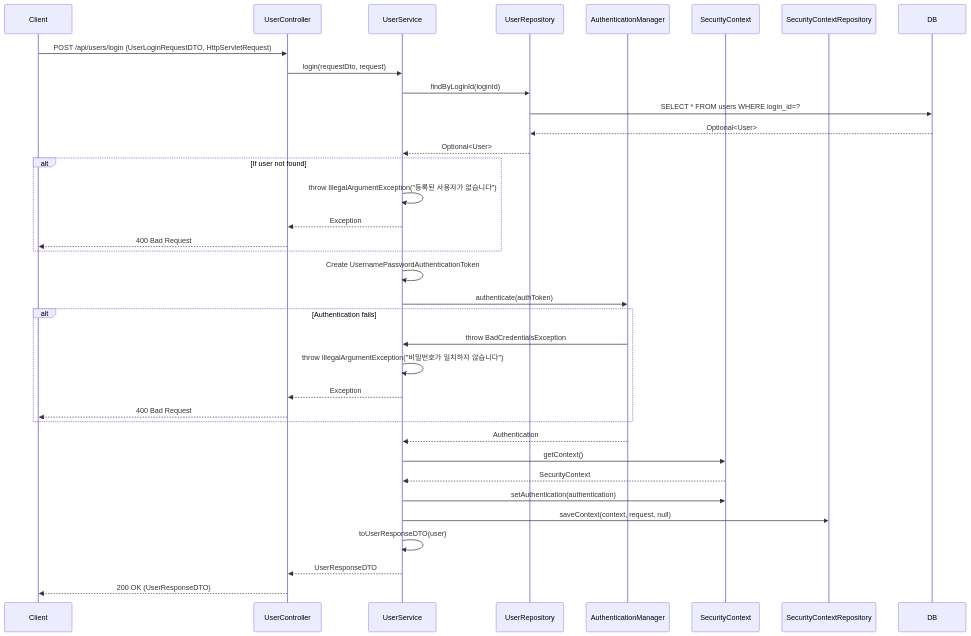
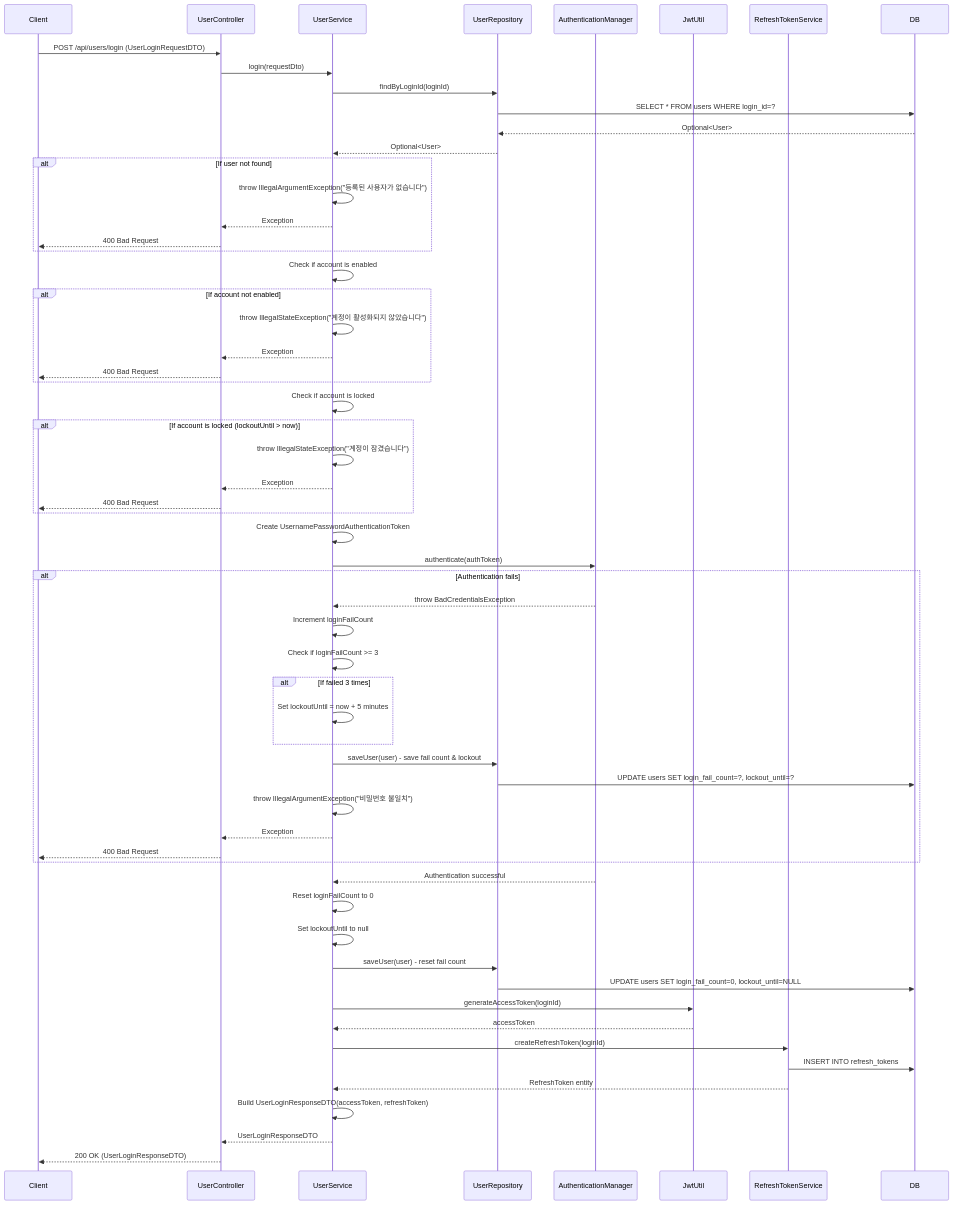
One commit to rororo33/game-s-cord changed the diagram in SDS/sequenceDiagram/userSystemSequenceDiagram/loginSequenceDiagram.md. Above: the diagram before and after it, drawn with Mermaid. The commit also changed other lines of this file and 10 other files, not shown here.

Commit message:
feat : 추가된 기능 및 변경된 기능에 대한 Sequence Diagram 업데이트

````diff
--- a/SDS/sequenceDiagram/userSystemSequenceDiagram/loginSequenceDiagram.md
+++ b/SDS/sequenceDiagram/userSystemSequenceDiagram/loginSequenceDiagram.md
@@ -3,46 +3,74 @@
 ```mermaid
 sequenceDiagram
     participant Client
     participant Controller as UserController
     participant Service as UserService
     participant Repo as UserRepository
     participant AuthMgr as AuthenticationManager
-    participant SecurityCtx as SecurityContext
-    participant CtxRepo as SecurityContextRepository
+    participant JwtUtil
+    participant RefreshTokenService
     participant DB
-    
-    Client->>Controller: POST /api/users/login (UserLoginRequestDTO, HttpServletRequest)
-    Controller->>Service: login(requestDto, request)
-    
+
+    Client->>Controller: POST /api/users/login (UserLoginRequestDTO)
+    Controller->>Service: login(requestDto)
+
     Service->>Repo: findByLoginId(loginId)
     Repo->>DB: SELECT * FROM users WHERE login_id=?
     DB-->>Repo: Optional<User>
     Repo-->>Service: Optional<User>
-    
+
     alt If user not found
         Service->>Service: throw IllegalArgumentException("등록된 사용자가 없습니다")
         Service-->>Controller: Exception
         Controller-->>Client: 400 Bad Request
     end
-    
-    Service->>Service: Create UsernamePasswordAuthenticationToken
-    Service->>AuthMgr: authenticate(authToken)
-    
-    alt Authentication fails
-        AuthMgr->>Service: throw BadCredentialsException
-        Service->>Service: throw IllegalArgumentException("비밀번호가 일치하지 않습니다")
+
+    Service->>Service: Check if account is enabled
+    alt If account not enabled
+        Service->>Service: throw IllegalStateException("계정이 활성화되지 않았습니다")
         Service-->>Controller: Exception
         Controller-->>Client: 400 Bad Request
     end
-    
-    AuthMgr-->>Service: Authentication
-    
-    Service->>SecurityCtx: getContext()
-    SecurityCtx-->>Service: SecurityContext
-    Service->>SecurityCtx: setAuthentication(authentication)
-    Service->>CtxRepo: saveContext(context, request, null)
-    
-    Service->>Service: toUserResponseDTO(user)
-    Service-->>Controller: UserResponseDTO
-    Controller-->>Client: 200 OK (UserResponseDTO)
+
+    Service->>Service: Check if account is locked
+    alt If account is locked (lockoutUntil > now)
+        Service->>Service: throw IllegalStateException("계정이 잠겼습니다")
+        Service-->>Controller: Exception
+        Controller-->>Client: 400 Bad Request
+    end
+
+    Service->>Service: Create UsernamePasswordAuthenticationToken
+    Service->>AuthMgr: authenticate(authToken)
+
+    alt Authentication fails
+        AuthMgr-->>Service: throw BadCredentialsException
+        Service->>Service: Increment loginFailCount
+        Service->>Service: Check if loginFailCount >= 3
+        alt If failed 3 times
+            Service->>Service: Set lockoutUntil = now + 5 minutes
+        end
+        Service->>Repo: saveUser(user) - save fail count & lockout
+        Repo->>DB: UPDATE users SET login_fail_count=?, lockout_until=?
+        Service->>Service: throw IllegalArgumentException("비밀번호 불일치")
+        Service-->>Controller: Exception
+        Controller-->>Client: 400 Bad Request
+    end
+
+    AuthMgr-->>Service: Authentication successful
+
+    Service->>Service: Reset loginFailCount to 0
+    Service->>Service: Set lockoutUntil to null
+    Service->>Repo: saveUser(user) - reset fail count
+    Repo->>DB: UPDATE users SET login_fail_count=0, lockout_until=NULL
+
+    Service->>JwtUtil: generateAccessToken(loginId)
+    JwtUtil-->>Service: accessToken
+
+    Service->>RefreshTokenService: createRefreshToken(loginId)
+    RefreshTokenService->>DB: INSERT INTO refresh_tokens
+    RefreshTokenService-->>Service: RefreshToken entity
+
+    Service->>Service: Build UserLoginResponseDTO(accessToken, refreshToken)
+    Service-->>Controller: UserLoginResponseDTO
+    Controller-->>Client: 200 OK (UserLoginResponseDTO)
 ```
````
